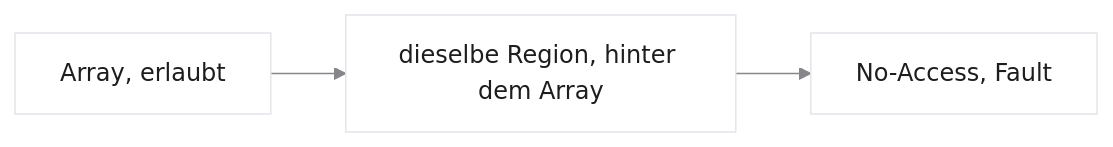
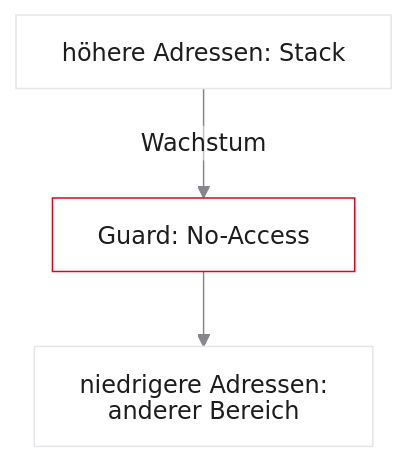
One commit to dantschi/echtzeitsysteme changed the seventh of 7 diagrams in vorlesungen/08_multicore-synchronisation-safety.qmd. Above: the diagram before and after it, drawn with Mermaid. The commit also changed other lines of this file and 13 other files, not shown here.

````diff
--- a/vorlesungen/08_multicore-synchronisation-safety.qmd
+++ b/vorlesungen/08_multicore-synchronisation-safety.qmd
@@ -990,7 +853,9 @@
 ```{mermaid}
-%%| fig-width: 8.2
-%%{init: {'theme': 'base', 'themeVariables': {'background': '#FFFFFF', 'primaryColor': '#FFFFFF', 'primaryBorderColor': '#E5E5EA', 'primaryTextColor': '#1D1D1F', 'lineColor': '#86868B'}}}%%
-flowchart LR
-  A["Array, erlaubt"] --> R["dieselbe Region, hinter dem Array"]
-  R --> N["No-Access, Fault"]
+%%| fig-width: 5.4
+%%{init: {'theme':'base','htmlLabels':false,'flowchart':{'htmlLabels':false},'themeVariables':{'background':'#FFFFFF','primaryColor':'#FFFFFF','primaryBorderColor':'#E5E5EA','primaryTextColor':'#1D1D1F','lineColor':'#86868B'}}}%%
+flowchart TB
+ H["höhere Adressen: Stack"] -->|Wachstum| G["Guard: No-Access"]
+ G --> L["niedrigere Adressen: anderer Bereich"]
+ style G fill:#FFFFFF,stroke:#E2001A,stroke-width:2px !important
+
 ```
````
